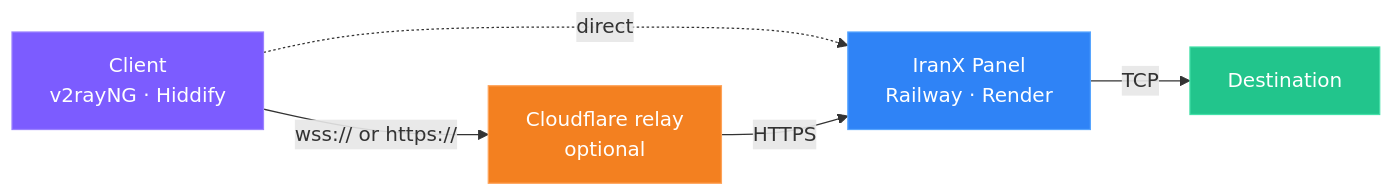
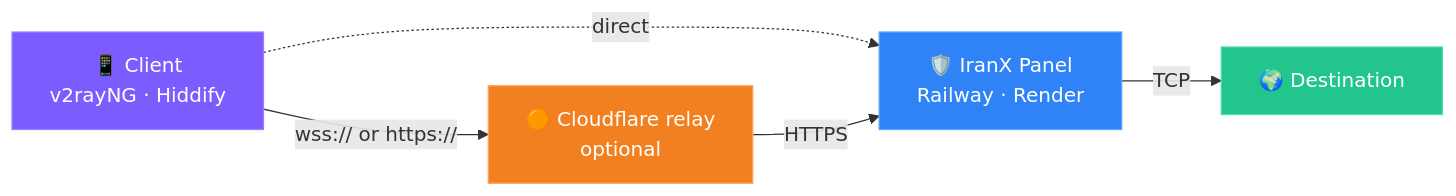
The second of 2 diagrams in README.md (BeeEhsas/IranXPanel), drawn with Mermaid before and after one commit. The commit also changed other lines of this file and 1 other file, not shown here.

````diff
--- a/README.md
+++ b/README.md
@@ -38,17 +107,17 @@
 ```mermaid
 flowchart LR
-    A["Client<br/>v2rayNG · Hiddify"]
-    B["Cloudflare relay<br/>optional"]
-    C["IranX Panel<br/>Railway · Render"]
-    D["Destination"]
+    A["📱 Client<br/>v2rayNG · Hiddify"]
+    B["🟠 Cloudflare relay<br/>optional"]
+    C["🛡️ IranX Panel<br/>Railway · Render"]
+    D["🌍 Destination"]
 
     A -->|"wss:// or https://"| B
     A -.->|"direct"| C
     B -->|"HTTPS"| C
     C -->|"TCP"| D
 
     style A fill:#7C5CFF,stroke:#9B81FF,color:#fff
     style B fill:#F38020,stroke:#FFA257,color:#fff
     style C fill:#2F83F6,stroke:#57A5FF,color:#fff
     style D fill:#22c58c,stroke:#43E0A8,color:#fff
 ```
````
